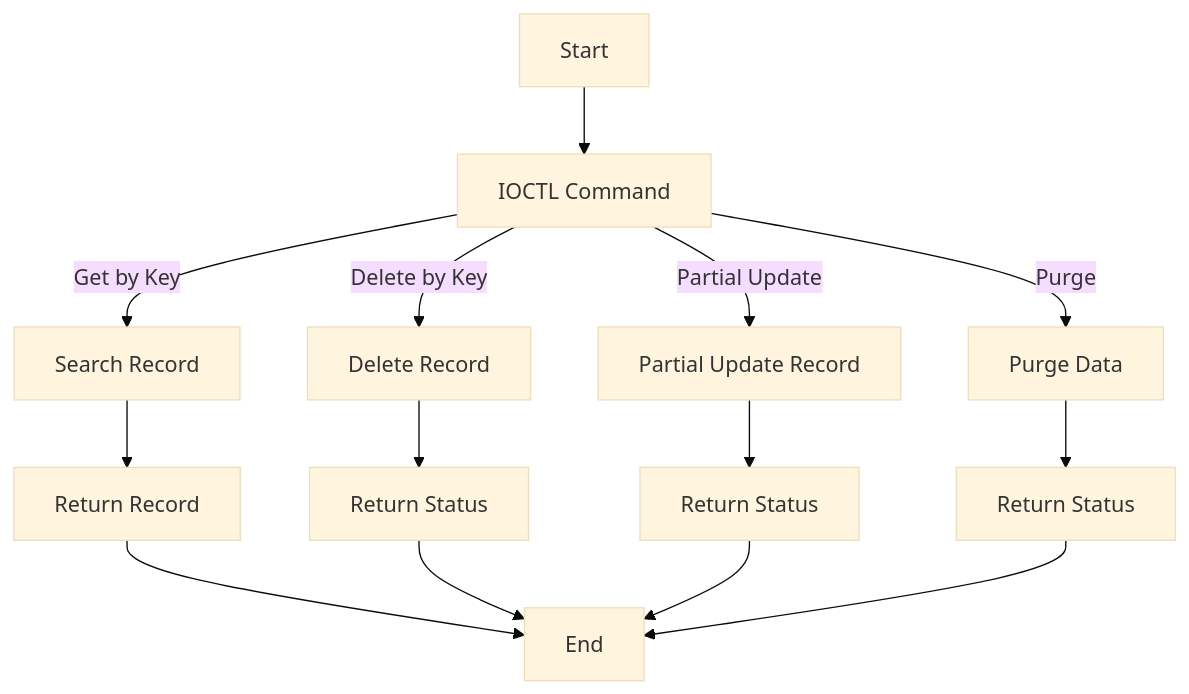
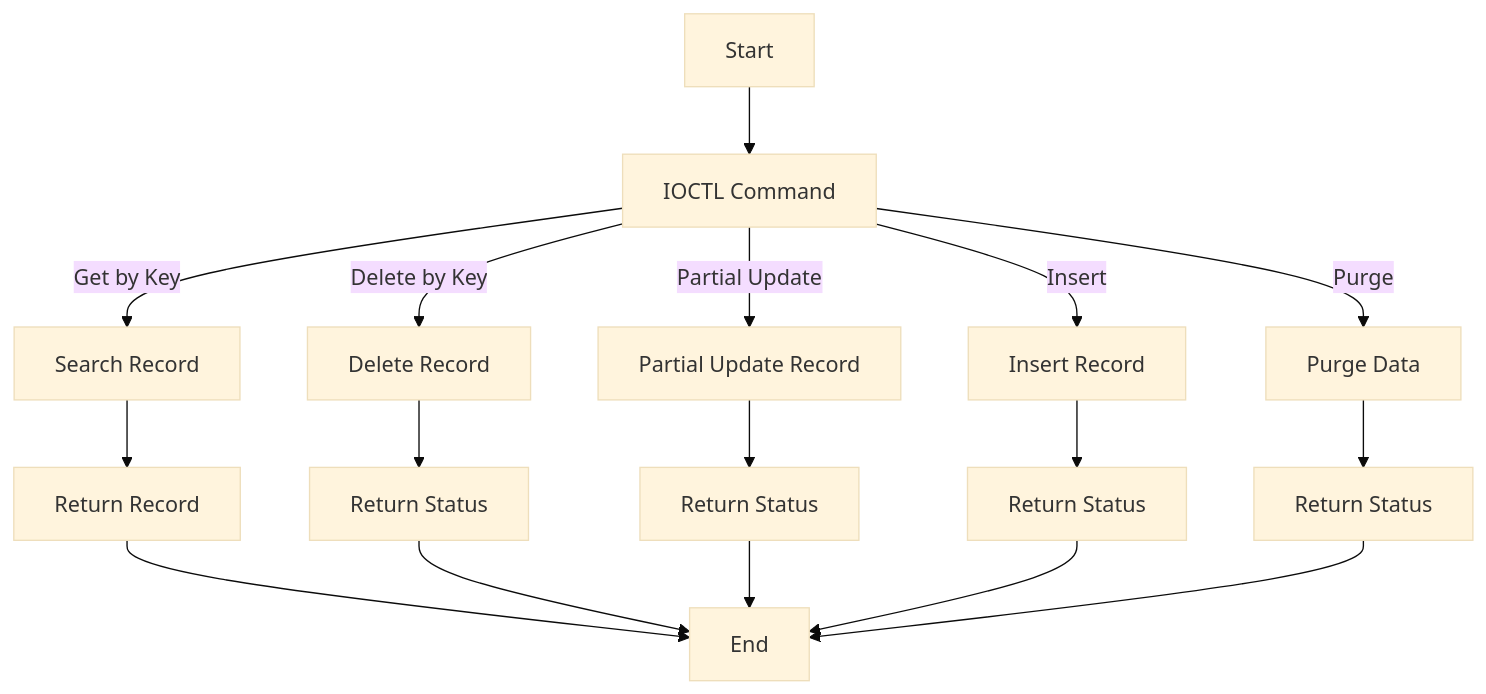
Before and after one commit to mehrantsi/high-performance-kv-store: the tenth of 10 diagrams in TechnicalDesign.md, drawn with Mermaid (base theme). The commit also changed other lines of this file and 2 other files, not shown here.

````diff
--- a/TechnicalDesign.md
+++ b/TechnicalDesign.md
@@ -703,16 +775,19 @@
 ```mermaid
 flowchart TD
     A[Start] --> B[IOCTL Command]
     B -->|Get by Key| C[Search Record]
     B -->|Delete by Key| D[Delete Record]
     B -->|Partial Update| E[Partial Update Record]
-    B -->|Purge| F[Purge Data]
-    C --> G[Return Record]
-    D --> H[Return Status]
-    E --> I[Return Status]
-    F --> J[Return Status]
-    G --> K[End]
-    H --> K
-    I --> K
-    J --> K
+    B -->|Insert| F[Insert Record]
+    B -->|Purge| G[Purge Data]
+    C --> H[Return Record]
+    D --> I[Return Status]
+    E --> J[Return Status]
+    F --> K[Return Status]
+    G --> L[Return Status]
+    H --> M[End]
+    I --> M
+    J --> M
+    K --> M
+    L --> M
 ```
````
